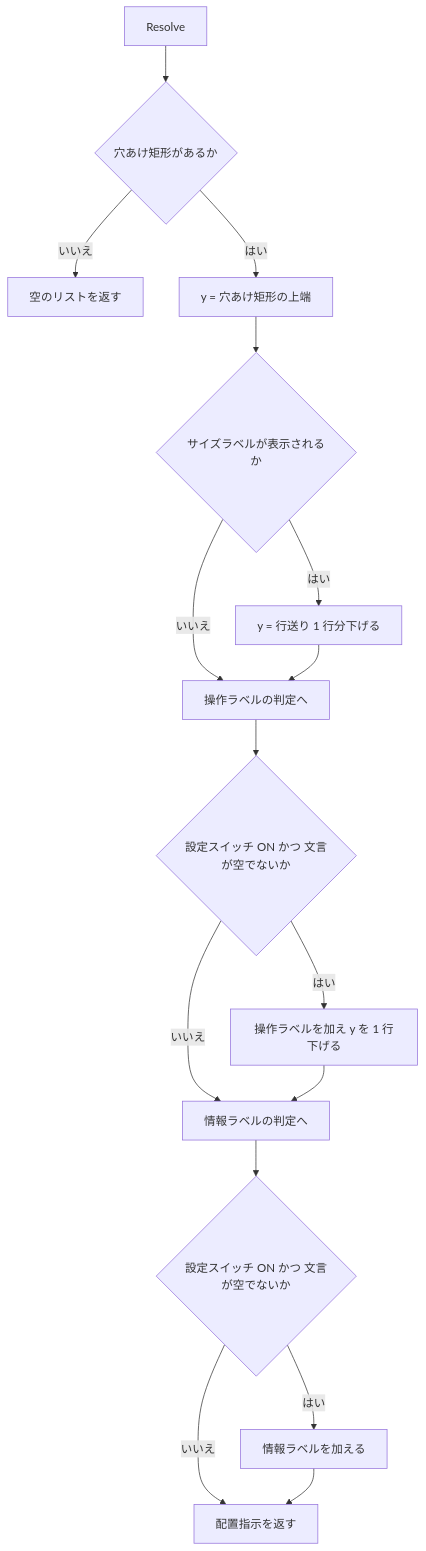
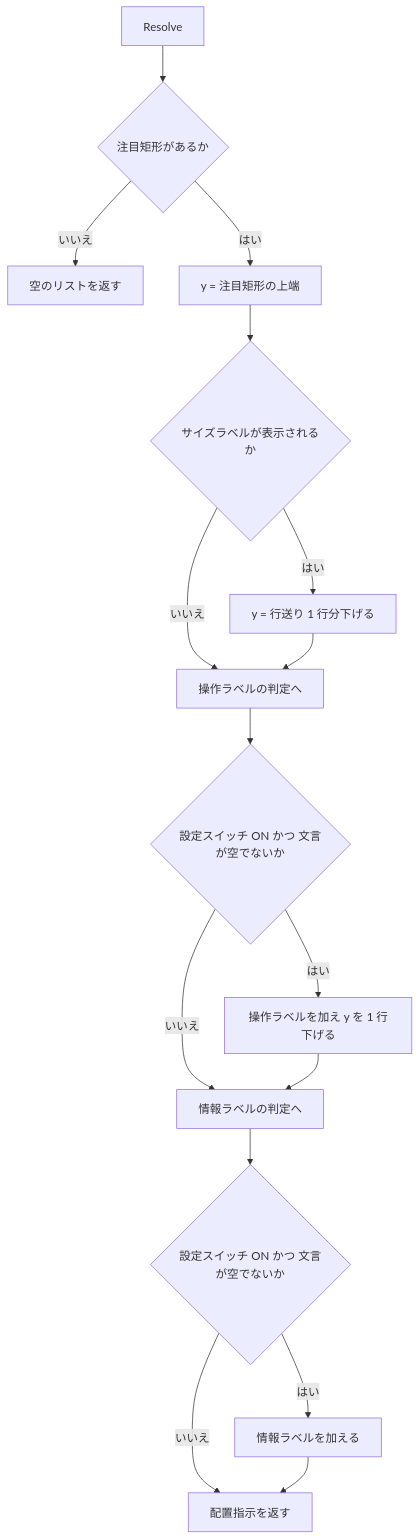
Before and after one commit to tomokuni/SaveEvidence: the fifth of 5 diagrams in src/FadeMaskDragRectControl.UIBase/SPEC_System.md, drawn with Mermaid. The commit also changed other lines of this file and 106 other files, not shown here.

````diff
--- a/src/FadeMaskDragRectControl.UIBase/SPEC_System.md
+++ b/src/FadeMaskDragRectControl.UIBase/SPEC_System.md
@@ -124,18 +124,18 @@
 ```mermaid
 flowchart TD
-  A[Resolve] --> B{穴あけ矩形があるか}
+  A[Resolve] --> B{注目矩形があるか}
   B -- いいえ --> Z[空のリストを返す]
-  B -- はい --> C[y = 穴あけ矩形の上端]
+  B -- はい --> C[y = 注目矩形の上端]
   C --> D{サイズラベルが表示されるか}
   D -- はい --> E[y = 行送り 1 行分下げる]
   D -- いいえ --> F[操作ラベルの判定へ]
   E --> F
   F --> G{設定スイッチ ON かつ 文言が空でないか}
   G -- はい --> H[操作ラベルを加え y を 1 行下げる]
   G -- いいえ --> I[情報ラベルの判定へ]
   H --> I
   I --> J{設定スイッチ ON かつ 文言が空でないか}
   J -- はい --> K[情報ラベルを加える]
   J -- いいえ --> Z2[配置指示を返す]
   K --> Z2
 ```
````
